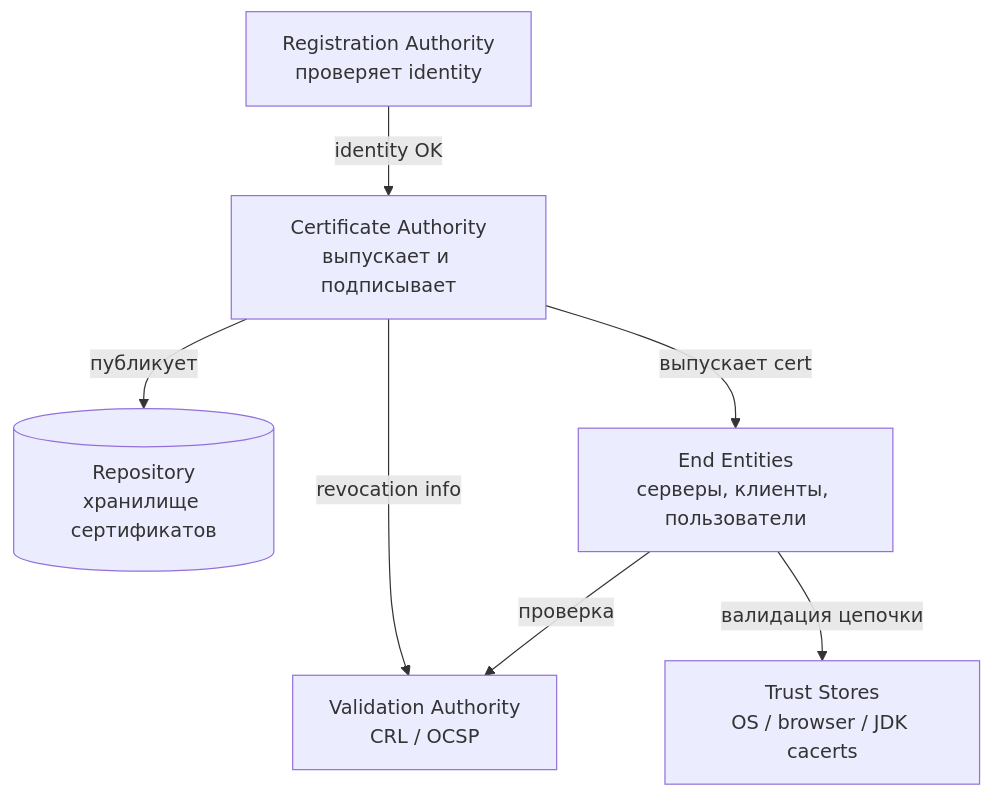
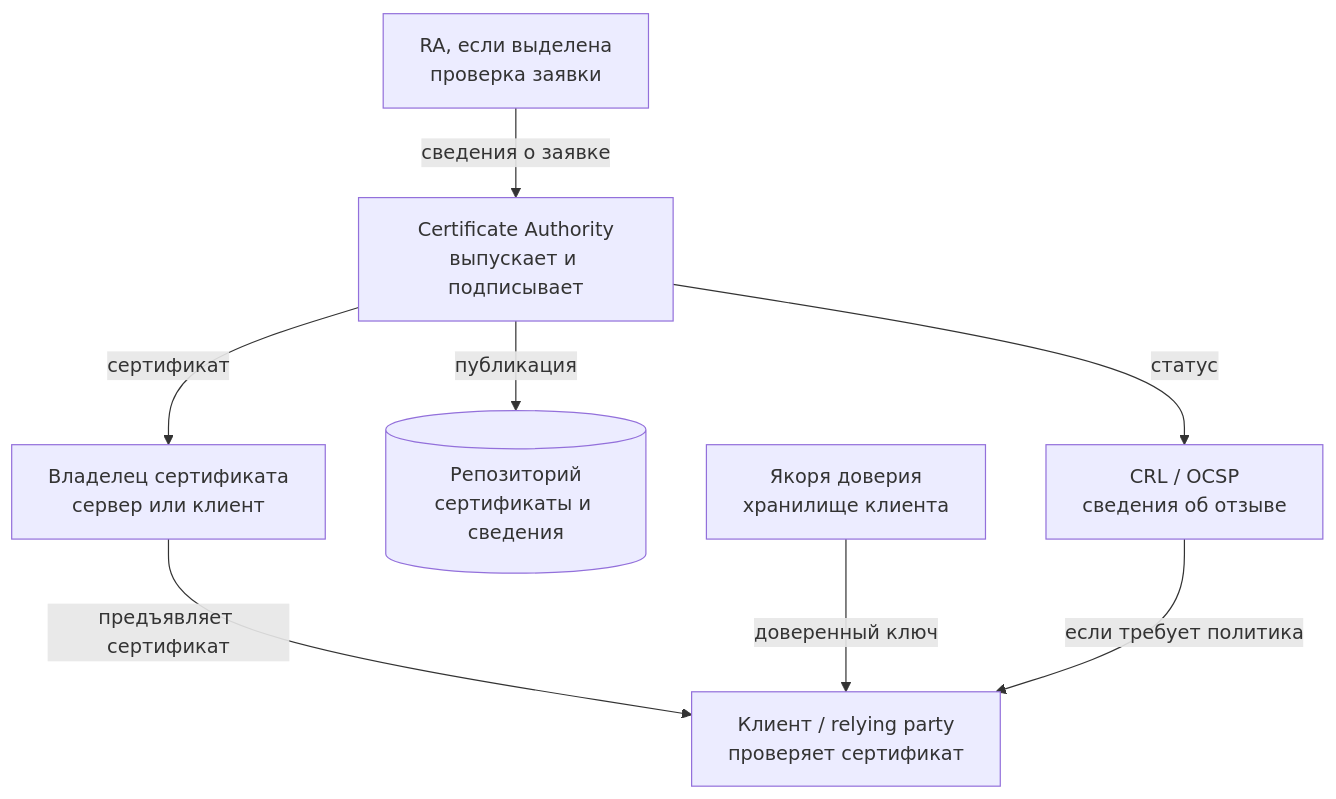
Before and after one commit to akeverus/cheat-sheet: the fourth of 9 diagrams in cheatsheets/interview/security/tls-ssl-interview.md, drawn with Mermaid. The commit also changed other lines of this file and 154 other files, not shown here.

````diff
--- a/cheatsheets/interview/security/tls-ssl-interview.md
+++ b/cheatsheets/interview/security/tls-ssl-interview.md
@@ -502,16 +515,18 @@
 ```mermaid
 graph TB
     CA[Certificate Authority<br/>выпускает и подписывает]
-    RA[Registration Authority<br/>проверяет identity]
-    VA[Validation Authority<br/>CRL / OCSP]
-    Repo[(Repository<br/>хранилище сертификатов)]
-    End[End Entities<br/>серверы, клиенты, пользователи]
-    Trust[Trust Stores<br/>OS / browser / JDK cacerts]
+    RA[RA, если выделена<br/>проверка заявки]
+    Status[CRL / OCSP<br/>сведения об отзыве]
+    Repo[(Репозиторий<br/>сертификаты и сведения)]
+    Subscriber[Владелец сертификата<br/>сервер или клиент]
+    Client[Клиент / relying party<br/>проверяет сертификат]
+    Trust[Якоря доверия<br/>хранилище клиента]
 
-    RA -->|identity OK| CA
-    CA -->|выпускает cert| End
-    CA -->|публикует| Repo
-    CA -->|revocation info| VA
-    End -->|проверка| VA
-    End -->|валидация цепочки| Trust
+    RA -->|сведения о заявке| CA
+    CA -->|сертификат| Subscriber
+    CA -->|публикация| Repo
+    CA -->|статус| Status
+    Subscriber -->|предъявляет сертификат| Client
+    Trust -->|доверенный ключ| Client
+    Status -->|если требует политика| Client
 ```
````
